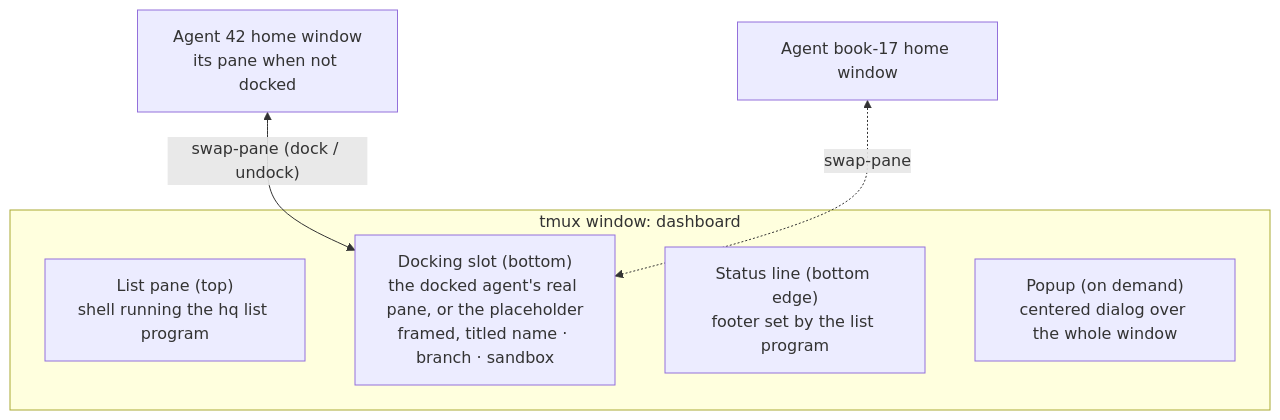
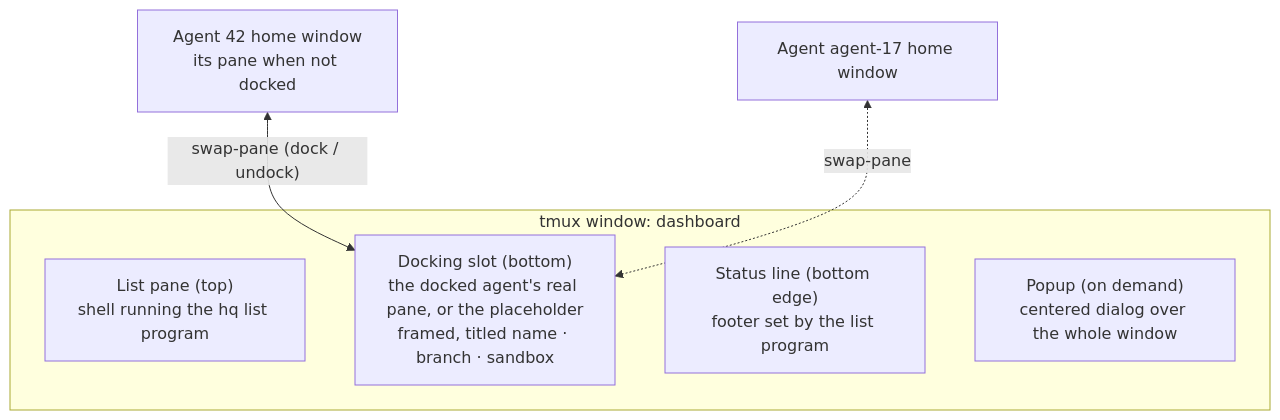
The first of 4 diagrams in docs/design/hq.md (rkrysinski/hq), drawn with Mermaid before and after one commit. The commit also changed other lines of this file and 12 other files, not shown here.

````diff
--- a/docs/design/hq.md
+++ b/docs/design/hq.md
@@ -33,13 +33,13 @@
 ```mermaid
 flowchart TB
     subgraph W["tmux window: dashboard"]
         L["List pane (top)<br/>shell running the hq list program"]
         S["Docking slot (bottom)<br/>the docked agent's real pane, or the placeholder<br/>framed, titled name · branch · sandbox"]
         F["Status line (bottom edge)<br/>footer set by the list program"]
         P["Popup (on demand)<br/>centered dialog over the whole window"]
     end
     H1["Agent 42 home window<br/>its pane when not docked"]
-    H2["Agent book-17 home window"]
+    H2["Agent agent-17 home window"]
     H1 <-- "swap-pane (dock / undock)" --> S
     H2 <-. "swap-pane" .-> S
 ```
````
